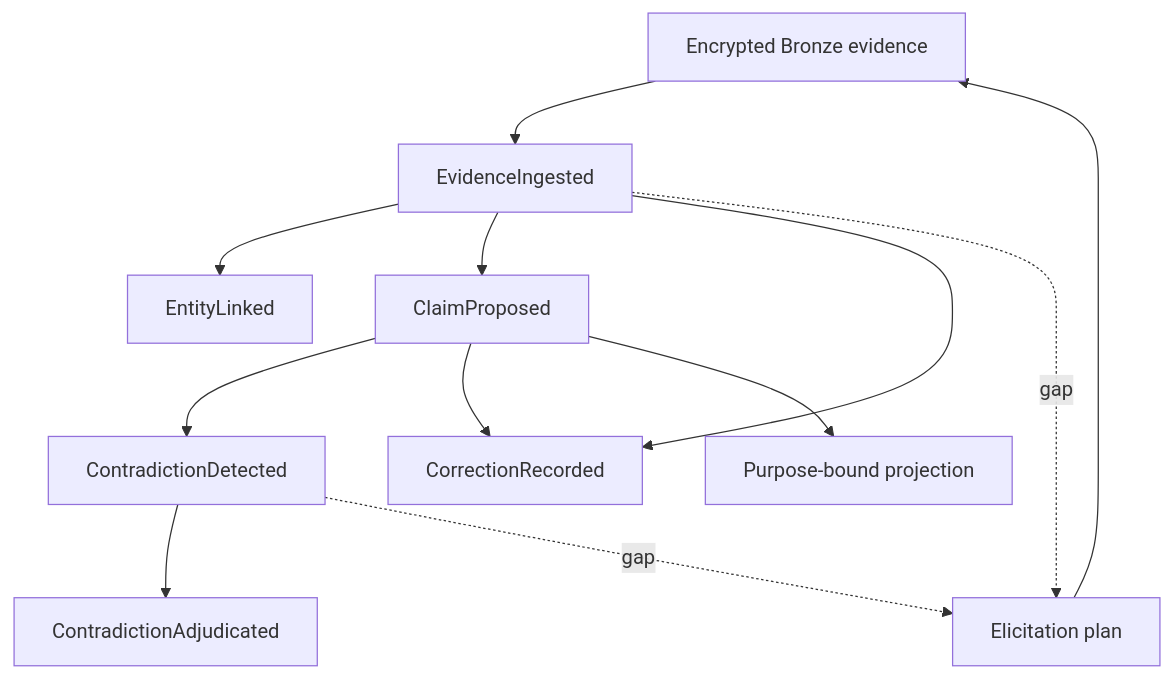
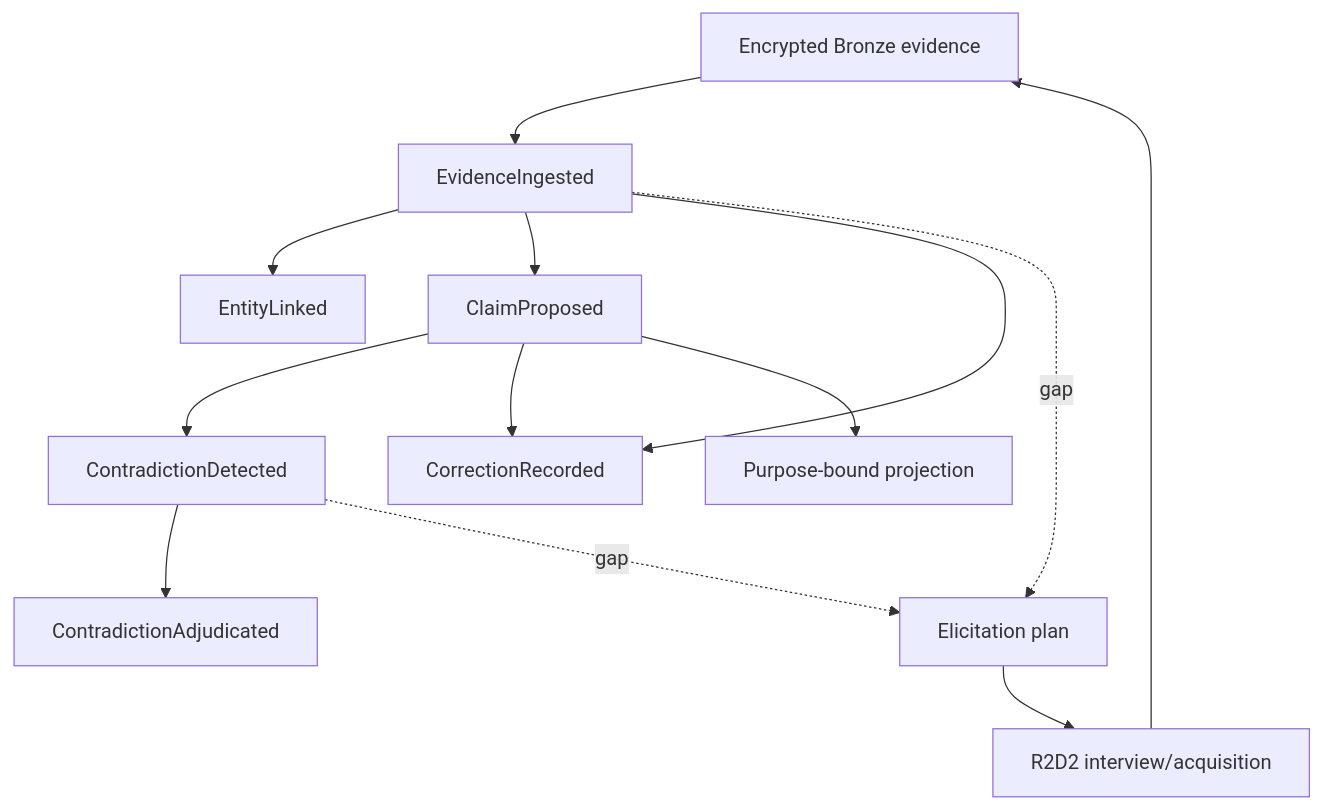
Before and after one commit to zhenrez/K2S0: the first of 2 diagrams in docs/EPISTEMIC_CORE.md, drawn with Mermaid. The commit also changed other lines of this file and 10 other files, not shown here.

````diff
--- a/docs/EPISTEMIC_CORE.md
+++ b/docs/EPISTEMIC_CORE.md
@@ -11,14 +11,15 @@
 ```mermaid
 flowchart TB
   BRZ["Encrypted Bronze evidence"] --> EVD["EvidenceIngested"]
   EVD --> IDN["EntityLinked"]
   EVD --> CLM["ClaimProposed"]
   CLM --> CTR["ContradictionDetected"]
   CTR --> ADJ["ContradictionAdjudicated"]
   EVD --> COR["CorrectionRecorded"]
   CLM --> COR
   CLM --> PRJ["Purpose-bound projection"]
   EVD -. "gap" .-> ELI["Elicitation plan"]
   CTR -. "gap" .-> ELI
-  ELI --> BRZ
+  ELI --> R2["R2D2 interview/acquisition"]
+  R2 --> BRZ
 ```
````
